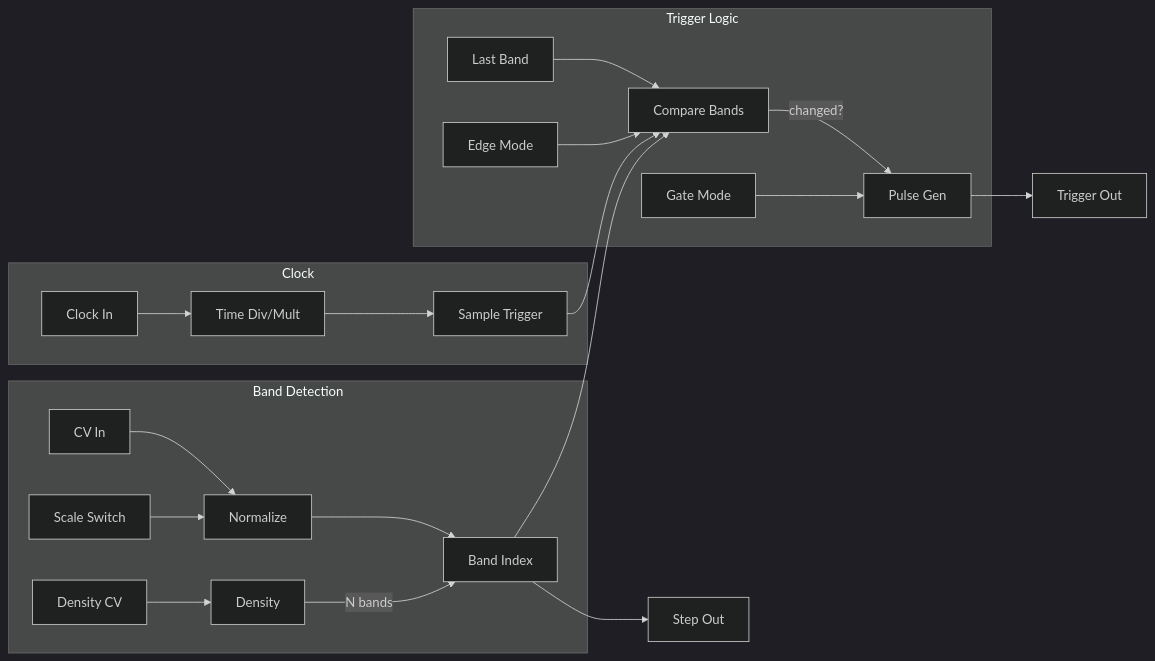
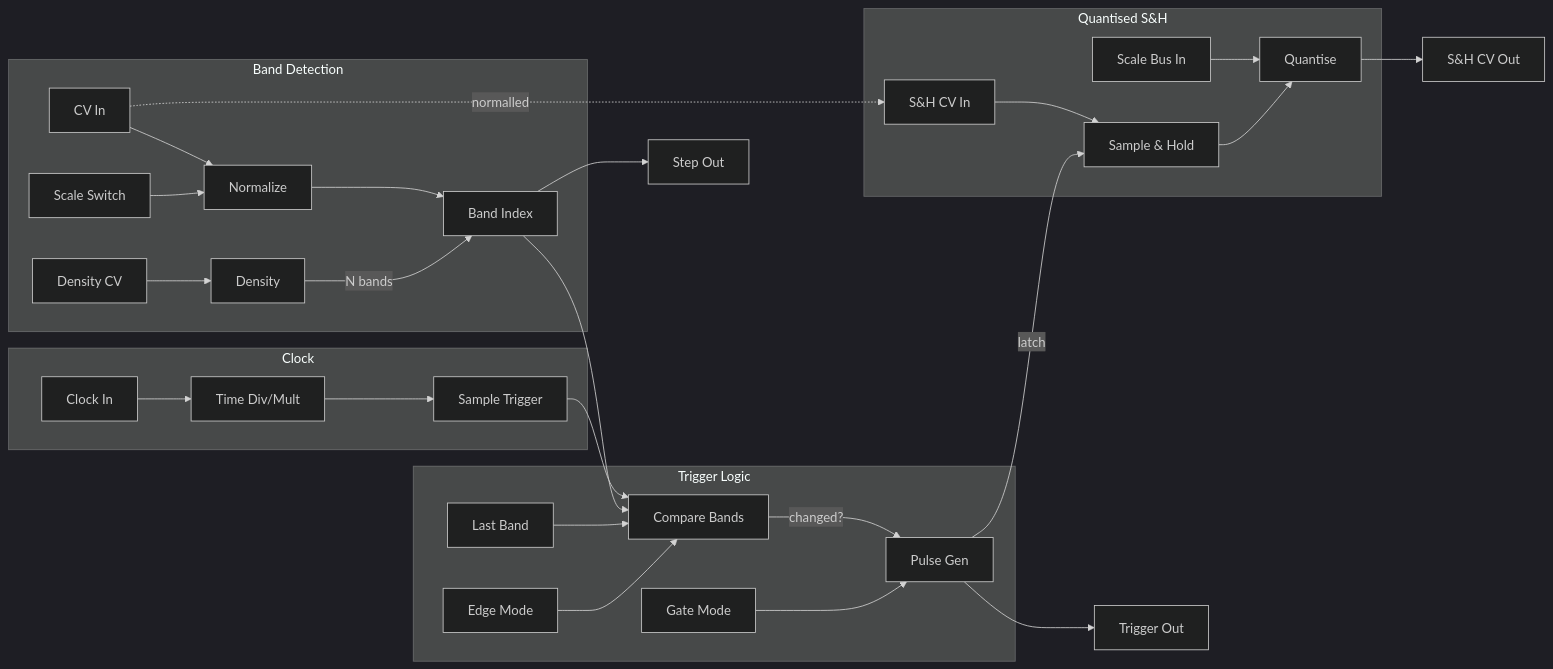
Before and after one commit to timini/wiggleroom: the diagram in docs/user/modules/Intersect.md, drawn with Mermaid (dark theme). The commit also changed other lines of this file and 1 other file, not shown here.

First line of the commit message:
Intersect: quantised sample and hold, scale bus, and swing (#118)

````diff
--- a/docs/user/modules/Intersect.md
+++ b/docs/user/modules/Intersect.md
@@ -13,27 +13,36 @@
 ```mermaid
 graph LR
     subgraph Clock
         CLK[Clock In] --> DIV[Time Div/Mult]
         DIV --> SAMPLE[Sample Trigger]
     end
 
     subgraph "Band Detection"
         CV[CV In] --> NORM[Normalize]
         SCALE[Scale Switch] --> NORM
         NORM --> BAND[Band Index]
         DEN[Density] --> |N bands| BAND
         DENCV[Density CV] --> DEN
     end
 
     subgraph "Trigger Logic"
         SAMPLE --> CMP[Compare Bands]
         BAND --> CMP
         LAST[Last Band] --> CMP
         EDGE[Edge Mode] --> CMP
         CMP --> |changed?| PULSE[Pulse Gen]
         GATE[Gate Mode] --> PULSE
     end
 
+    subgraph "Quantised S&H"
+        SHCV[S&H CV In] --> HOLD[Sample & Hold]
+        CV -.-> |normalled| SHCV
+        PULSE --> |latch| HOLD
+        SBUS[Scale Bus In] --> QUANT[Quantise]
+        HOLD --> QUANT
+    end
+
     PULSE --> TRIG[Trigger Out]
     BAND --> STEP[Step Out]
+    QUANT --> SHOUT[S&H CV Out]
 ```
````
